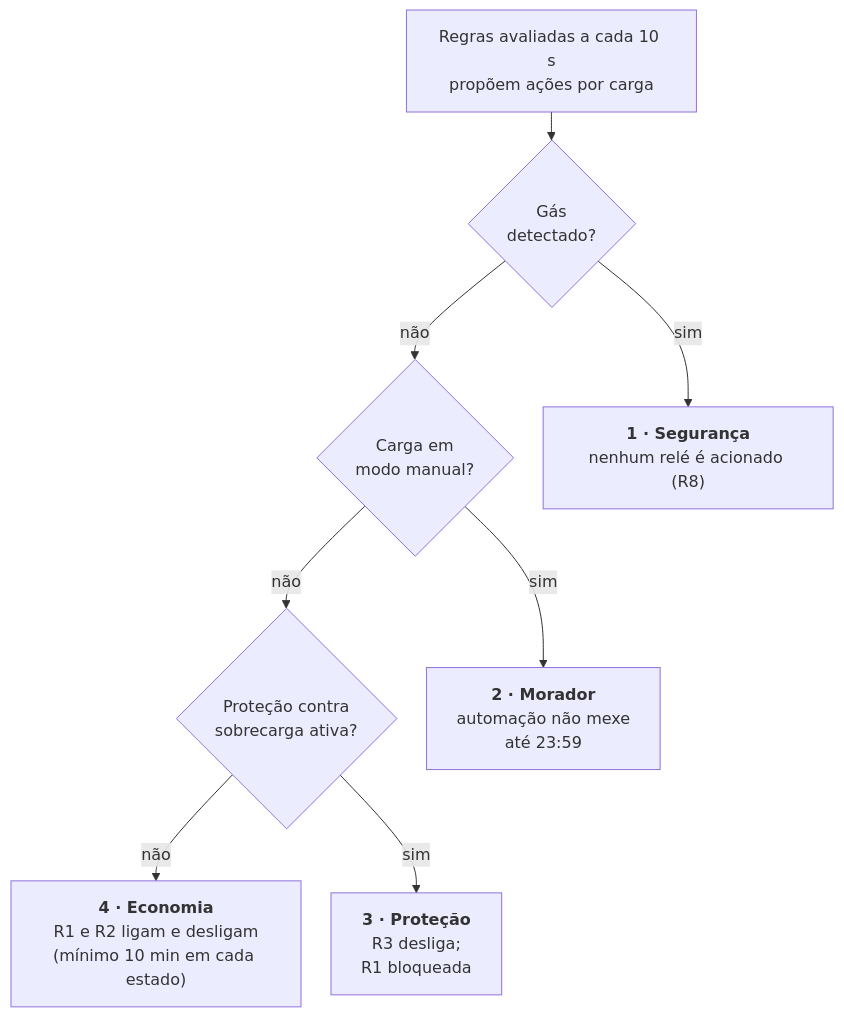
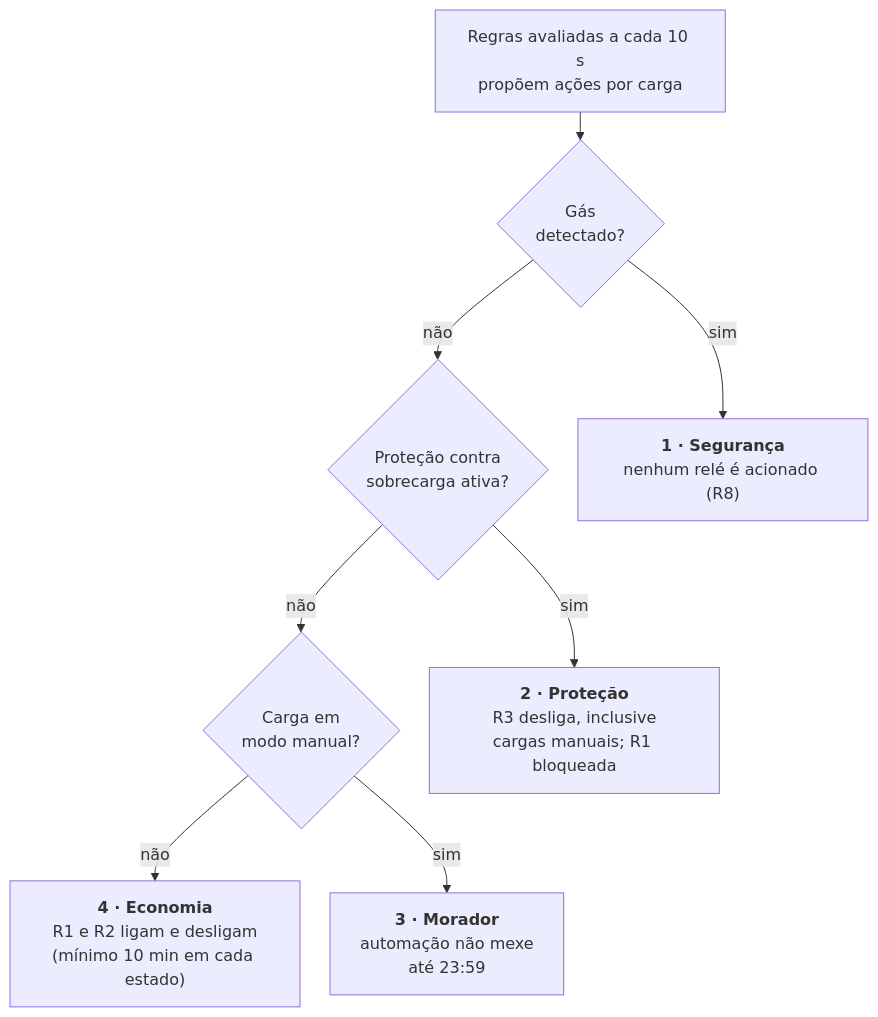
The diagram in relatorio/diagramas/fig03-arbitragem.mmd (carneirofc/1322010-2025.3-A--IoT-Smart-Home-Software-Integration), drawn with Mermaid before and after one commit. The commit also changed 3 other files, not shown here.

```diff
--- a/relatorio/diagramas/fig03-arbitragem.mmd
+++ b/relatorio/diagramas/fig03-arbitragem.mmd
@@ -1,18 +1,18 @@
 %%{init: {"flowchart": {"nodeSpacing": 30, "rankSpacing": 28, "wrappingWidth": 230}, "themeVariables": {"fontSize": "16px"}}}%%
 flowchart TB
   IN["Regras avaliadas a cada 10 s<br/>propõem ações por carga"]
   Q1{"Gás<br/>detectado?"}
-  Q2{"Carga em<br/>modo manual?"}
-  Q3{"Proteção contra<br/>sobrecarga ativa?"}
+  Q2{"Proteção contra<br/>sobrecarga ativa?"}
+  Q3{"Carga em<br/>modo manual?"}
+  P1["<b>1 · Segurança</b><br/>nenhum relé é acionado (R8)"]
+  P2["<b>2 · Proteção</b><br/>R3 desliga, inclusive<br/>cargas manuais; R1 bloqueada"]
+  P3["<b>3 · Morador</b><br/>automação não mexe<br/>até 23:59"]
   P4["<b>4 · Economia</b><br/>R1 e R2 ligam e desligam<br/>(mínimo 10 min em cada estado)"]
-  P1["<b>1 · Segurança</b><br/>nenhum relé é acionado (R8)"]
-  P2["<b>2 · Morador</b><br/>automação não mexe<br/>até 23:59"]
-  P3["<b>3 · Proteção</b><br/>R3 desliga;<br/>R1 bloqueada"]
 
   IN --> Q1
   Q1 -- "não" --> Q2
   Q2 -- "não" --> Q3
   Q3 -- "não" --> P4
   Q1 -- "sim" --> P1
   Q2 -- "sim" --> P2
   Q3 -- "sim" --> P3
```
